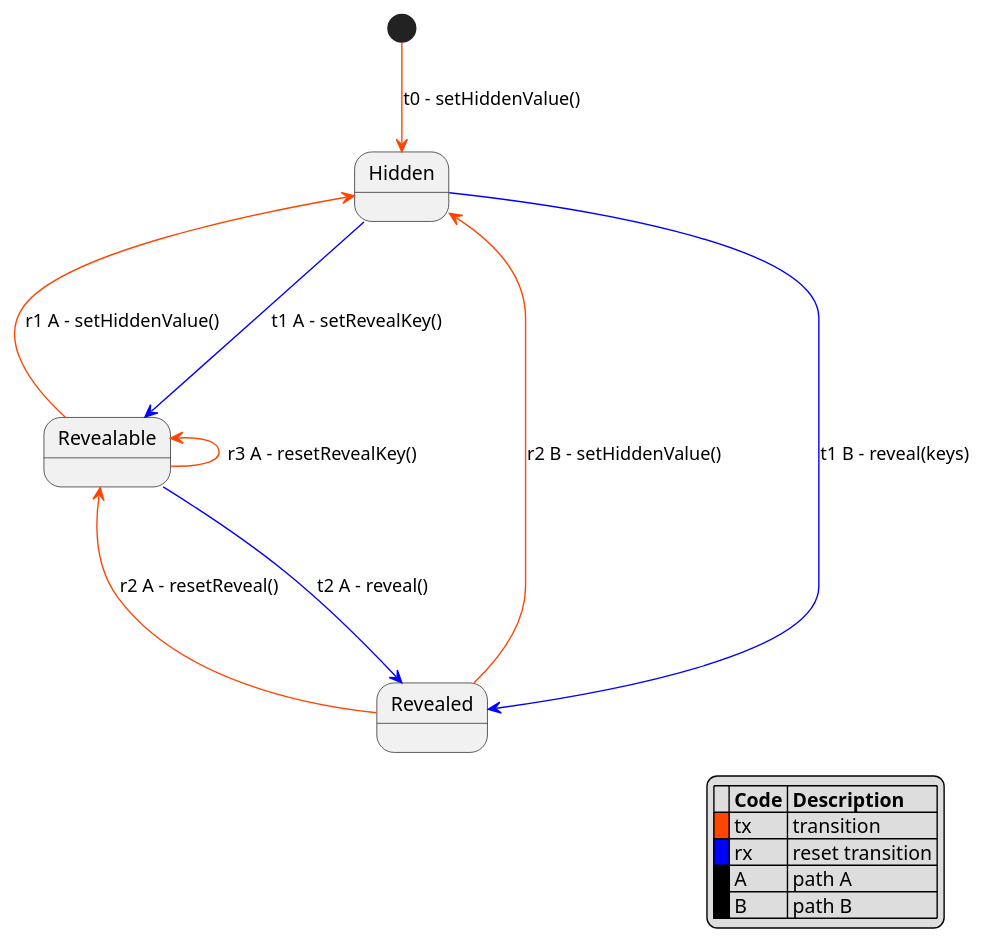
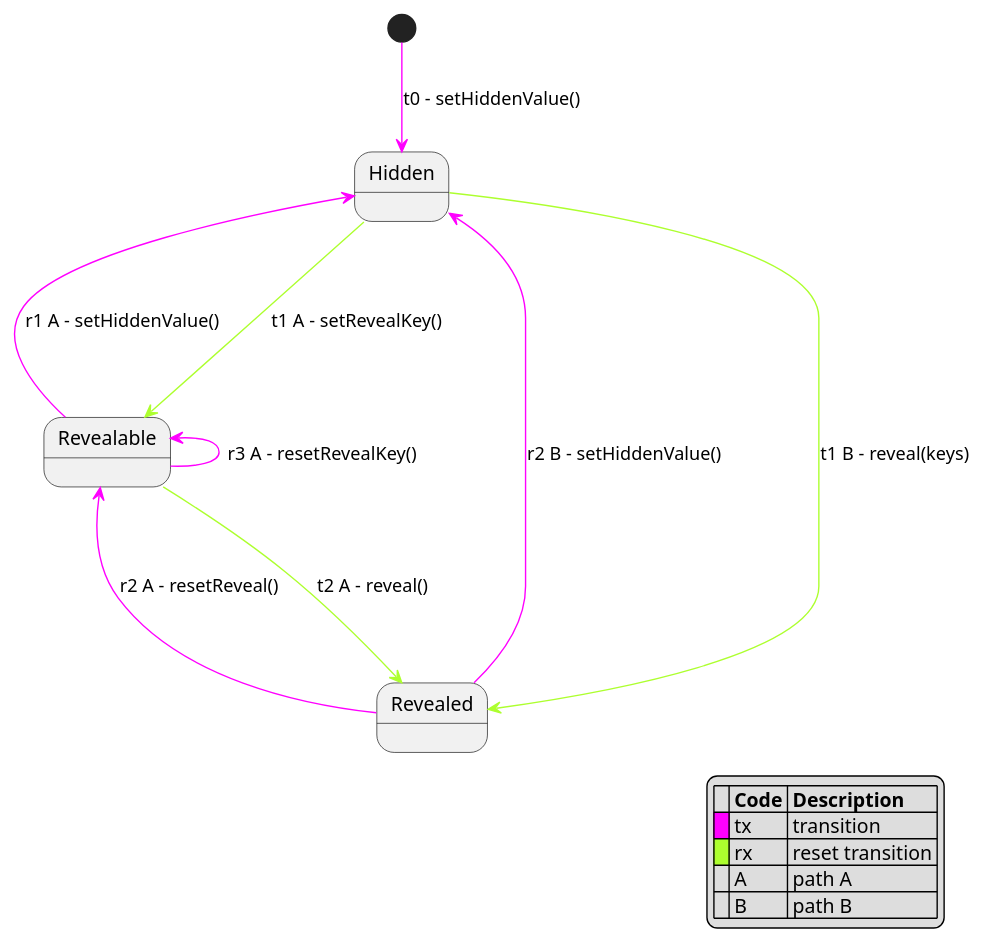
Before and after one commit to bortch/Revealable: the diagram in docs/Revealable_states_details.puml, drawn with PlantUML. The commit also changed 3 other files, not shown here.

```diff
--- a/docs/Revealable_states_details.puml
+++ b/docs/Revealable_states_details.puml
@@ -1,17 +1,18 @@
 @startuml
-[*] -[#OrangeRed]-> Hidden: t0 - setHiddenValue()
-Hidden -[#Blue]--> Revealable: t1 A - setRevealKey()
-Revealable -[#Blue]--> Revealed: t2 A - reveal()
-Hidden <-[#OrangeRed]- Revealable: r1 A - setHiddenValue()
-Revealable <-[#OrangeRed]- Revealable: r3 A - resetRevealKey()
-Revealable <-[#OrangeRed]- Revealed: r2 A - resetReveal()
-Hidden -[#Blue]-> Revealed : t1 B - reveal(keys)
-Hidden <-[#OrangeRed]- Revealed: r2 B - setHiddenValue()
+
+[*] -[#Fuchsia]-> Hidden: t0 - setHiddenValue()
+Hidden -[#GreenYellow]--> Revealable: t1 A - setRevealKey()
+Revealable -[#GreenYellow]--> Revealed: t2 A - reveal()
+Hidden <-[#Fuchsia]- Revealable: r1 A - setHiddenValue()
+Revealable <-[#Fuchsia]- Revealable: r3 A - resetRevealKey()
+Revealable <-[#Fuchsia]- Revealed: r2 A - resetReveal()
+Hidden -[#GreenYellow]-> Revealed : t1 B - reveal(keys)
+Hidden <-[#Fuchsia]- Revealed: r2 B - setHiddenValue()
 legend right
 |= |= Code |= Description |
-|<back:#OrangeRed>   </back>| tx | transition  |
-|<back:#Blue>   </back>| rx | reset transition |
-|<back:#Black>   </back>| A   | path A           |
-|<back:#Black>   </back>| B   | path B           |
+|<back:#Fuchsia>   </back>| tx | transition  |
+|<back:#GreenYellow>   </back>| rx | reset transition |
+|   | A   | path A           |
+|   | B   | path B           |
 endlegend
 @enduml
```
